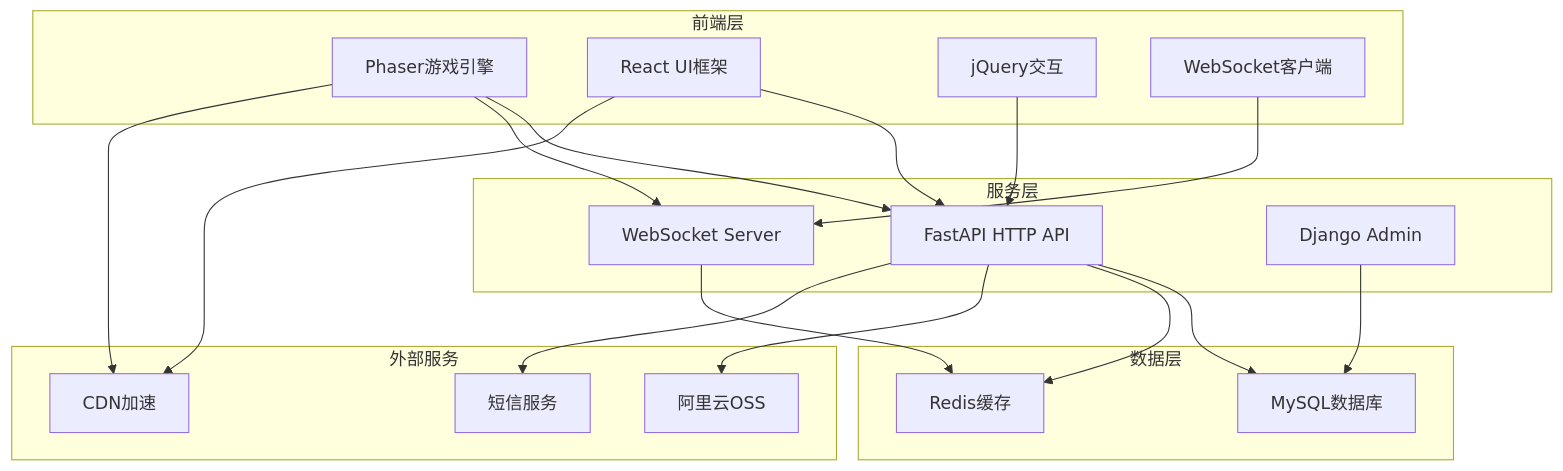
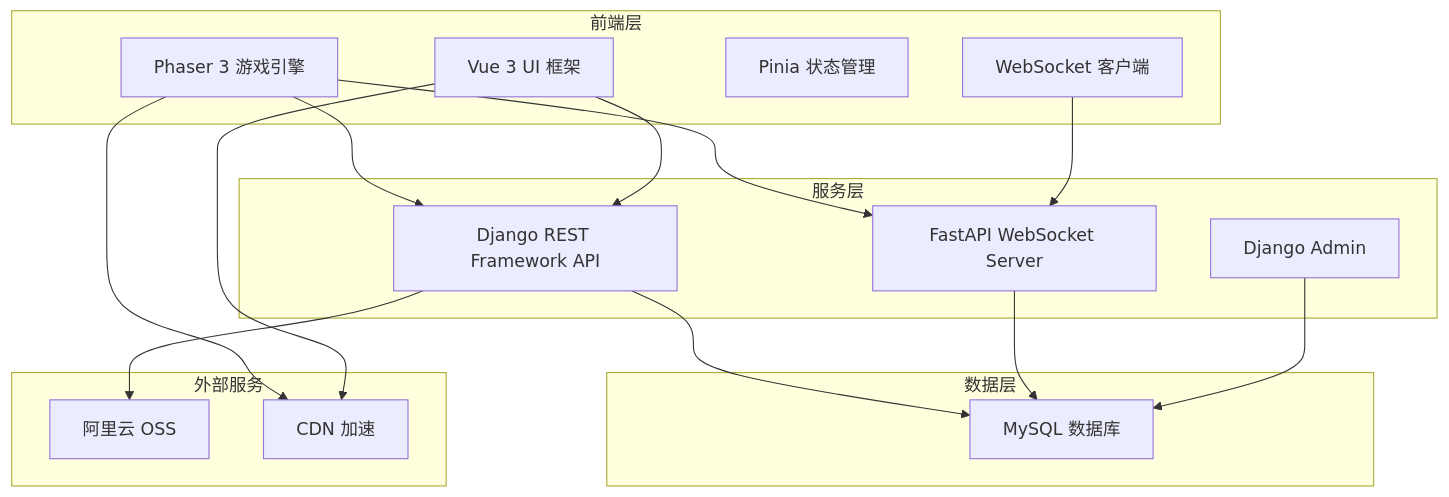
Before and after one commit to opc-studios/campus-daze: the first of 4 diagrams in doc/TECHNICAL_ARCHITECTURE.md, drawn with Mermaid. The commit also changed other lines of this file and 250 other files, not shown here.

````diff
--- a/doc/TECHNICAL_ARCHITECTURE.md
+++ b/doc/TECHNICAL_ARCHITECTURE.md
@@ -7,40 +7,35 @@
 ```mermaid
 graph TD
     subgraph Client["前端层"]
-        A[Phaser游戏引擎]
-        B[React UI框架]
-        C[jQuery交互]
-        D[WebSocket客户端]
+        A[Phaser 3 游戏引擎]
+        B[Vue 3 UI 框架]
+        C[Pinia 状态管理]
+        D[WebSocket 客户端]
     end
     
     subgraph Server["服务层"]
-        E[FastAPI HTTP API]
-        F[WebSocket Server]
+        E[Django REST Framework API]
+        F[FastAPI WebSocket Server]
         G[Django Admin]
     end
     
     subgraph Data["数据层"]
-        H[MySQL数据库]
-        I[Redis缓存]
+        H[MySQL 数据库]
     end
     
     subgraph External["外部服务"]
-        J[阿里云OSS]
-        K[短信服务]
-        L[CDN加速]
+        J[阿里云 OSS]
+        L[CDN 加速]
     end
     
     A --> E
     A --> F
     B --> E
-    C --> E
     D --> F
     E --> H
-    E --> I
-    F --> I
+    F --> H
     G --> H
     E --> J
-    E --> K
     A --> L
     B --> L
 ```
````
